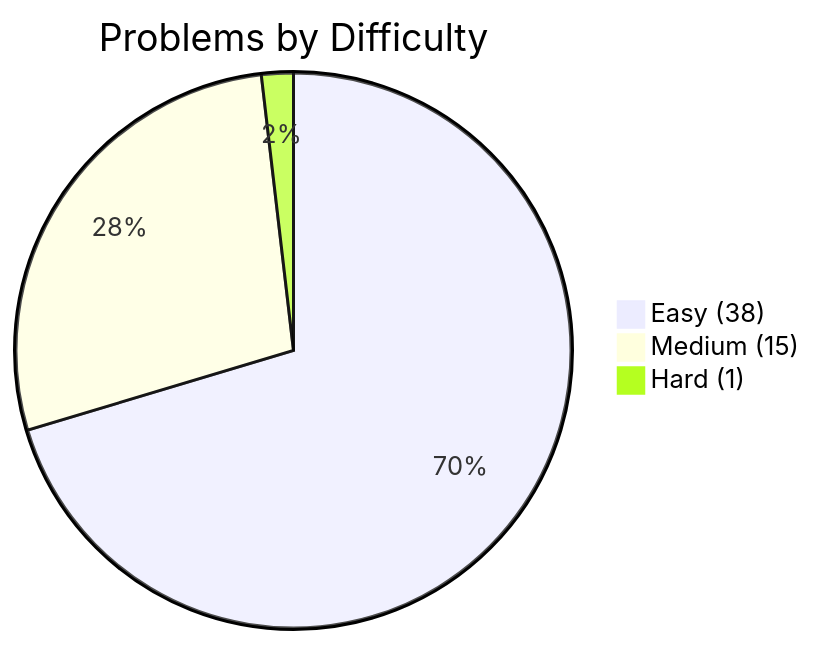
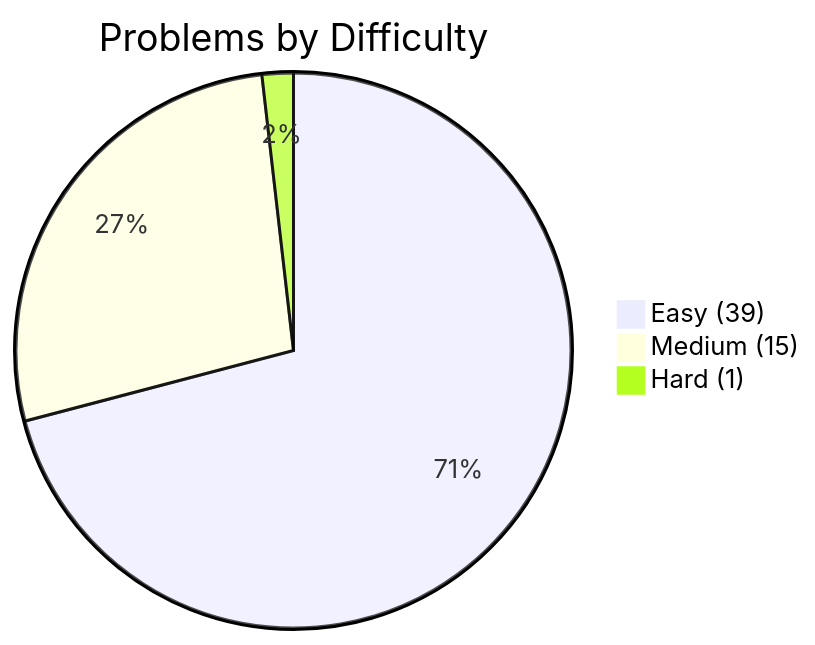
The first of 2 diagrams in PROGRESS.md (kanishk-procoder/leetcode-grind), drawn with Mermaid before and after one commit. The commit also changed other lines of this file and 4 other files, not shown here.

````diff
--- a/PROGRESS.md
+++ b/PROGRESS.md
@@ -5,6 +5,6 @@
 ```mermaid
 pie title Problems by Difficulty
-    "Easy (38)" : 38
+    "Easy (39)" : 39
     "Medium (15)" : 15
     "Hard (1)" : 1
 ```
````
